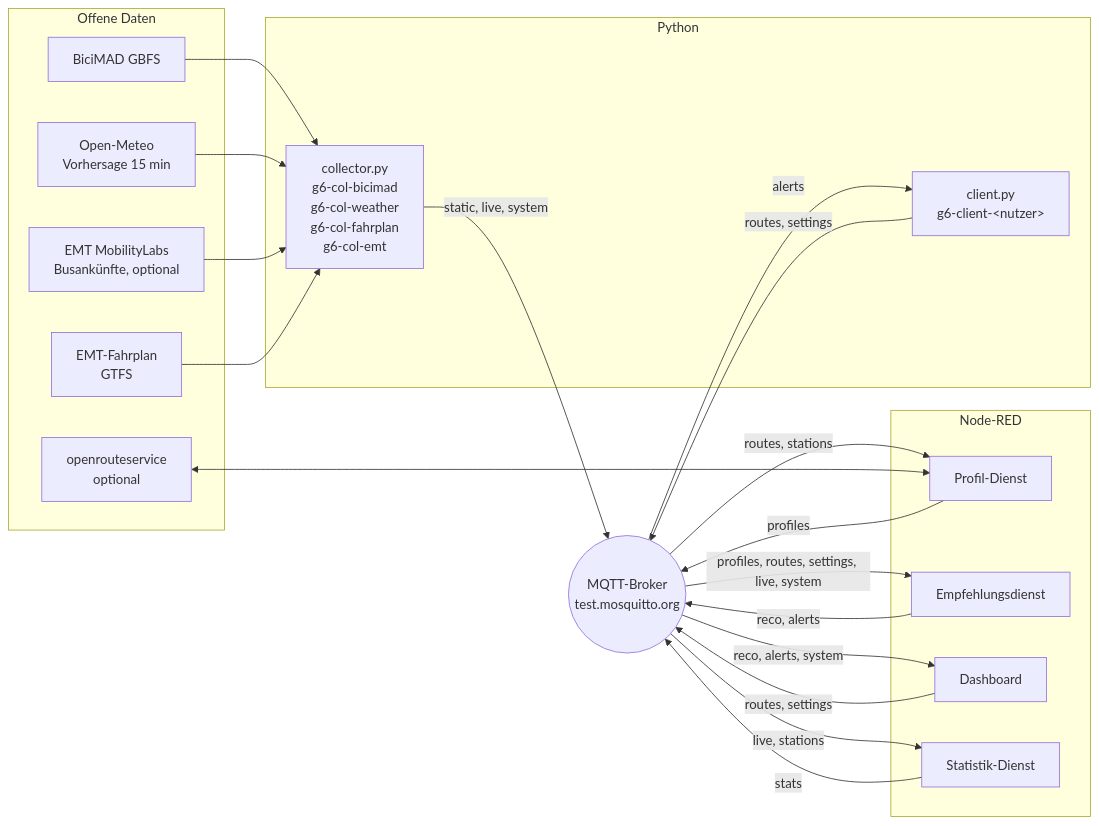
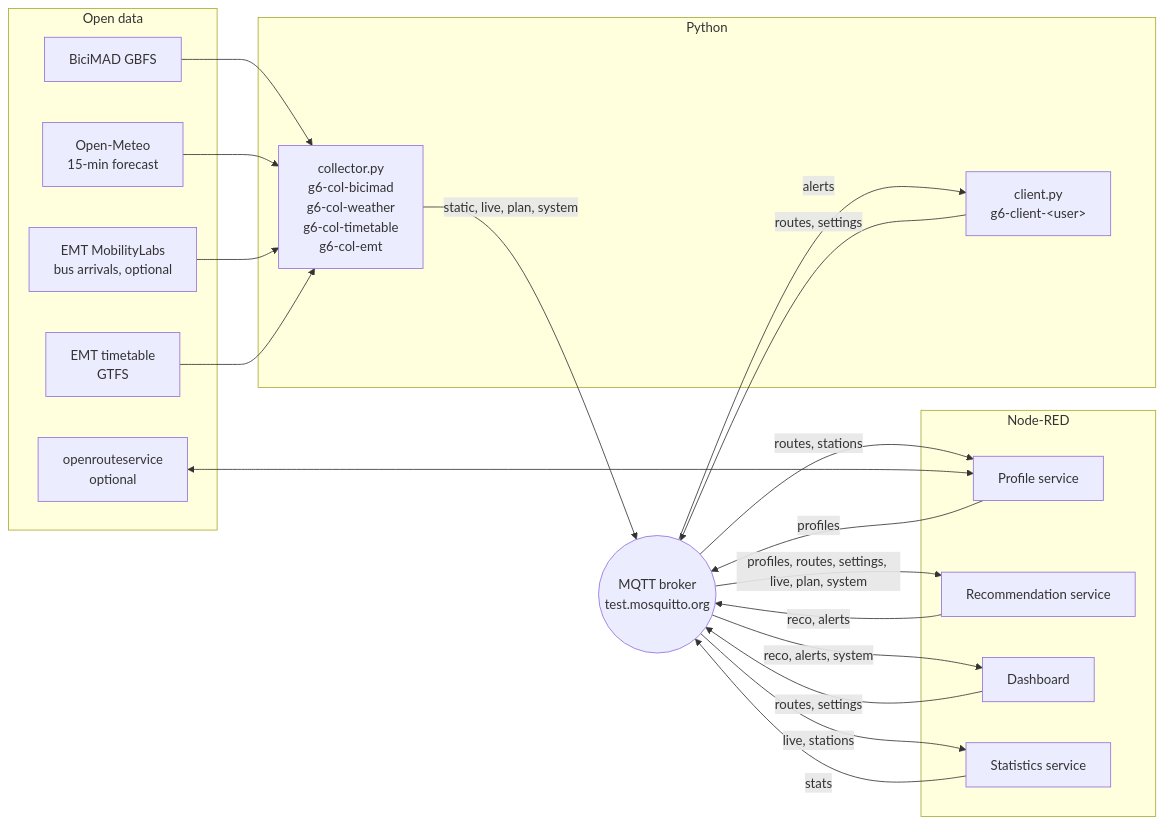
The diagram in README.md (gabninos/madrid-move), drawn with Mermaid before and after one commit. The commit also changed other lines of this file and 13 other files, not shown here.

````diff
--- a/README.md
+++ b/README.md
@@ -17,38 +17,38 @@
 ```mermaid
 flowchart LR
-  subgraph APIs["Offene Daten"]
+  subgraph APIs["Open data"]
     GBFS[BiciMAD GBFS]
-    OM[Open-Meteo<br/>Vorhersage 15 min]
+    OM[Open-Meteo<br/>15-min forecast]
     ORS[openrouteservice<br/>optional]
-    EMT[EMT MobilityLabs<br/>Busankünfte, optional]
-    GTFS[EMT-Fahrplan<br/>GTFS]
+    EMT[EMT MobilityLabs<br/>bus arrivals, optional]
+    GTFS[EMT timetable<br/>GTFS]
   end
   subgraph PY["Python"]
-    COL[collector.py<br/>g6-col-bicimad<br/>g6-col-weather<br/>g6-col-fahrplan<br/>g6-col-emt]
-    CLI[client.py<br/>g6-client-&lt;nutzer&gt;]
+    COL[collector.py<br/>g6-col-bicimad<br/>g6-col-weather<br/>g6-col-timetable<br/>g6-col-emt]
+    CLI[client.py<br/>g6-client-&lt;user&gt;]
   end
   subgraph NR["Node-RED"]
-    PD[Profil-Dienst]
-    RE[Empfehlungsdienst]
+    PD[Profile service]
+    RE[Recommendation service]
     DB[Dashboard]
-    STA[Statistik-Dienst]
+    STA[Statistics service]
   end
-  BR((MQTT-Broker<br/>test.mosquitto.org))
+  BR((MQTT broker<br/>test.mosquitto.org))
 
   GBFS --> COL
   OM --> COL
   EMT --> COL
   GTFS --> COL
-  COL -- static, live, system --> BR
+  COL -- static, live, plan, system --> BR
   CLI -- routes, settings --> BR
   BR -- alerts --> CLI
   BR -- routes, stations --> PD
   ORS <--> PD
   PD -- profiles --> BR
-  BR -- profiles, routes, settings, live, system --> RE
+  BR -- profiles, routes, settings, live, plan, system --> RE
   RE -- reco, alerts --> BR
   BR -- reco, alerts, system --> DB
   DB -- routes, settings --> BR
   BR -- live, stations --> STA
   STA -- stats --> BR
 ```
````
